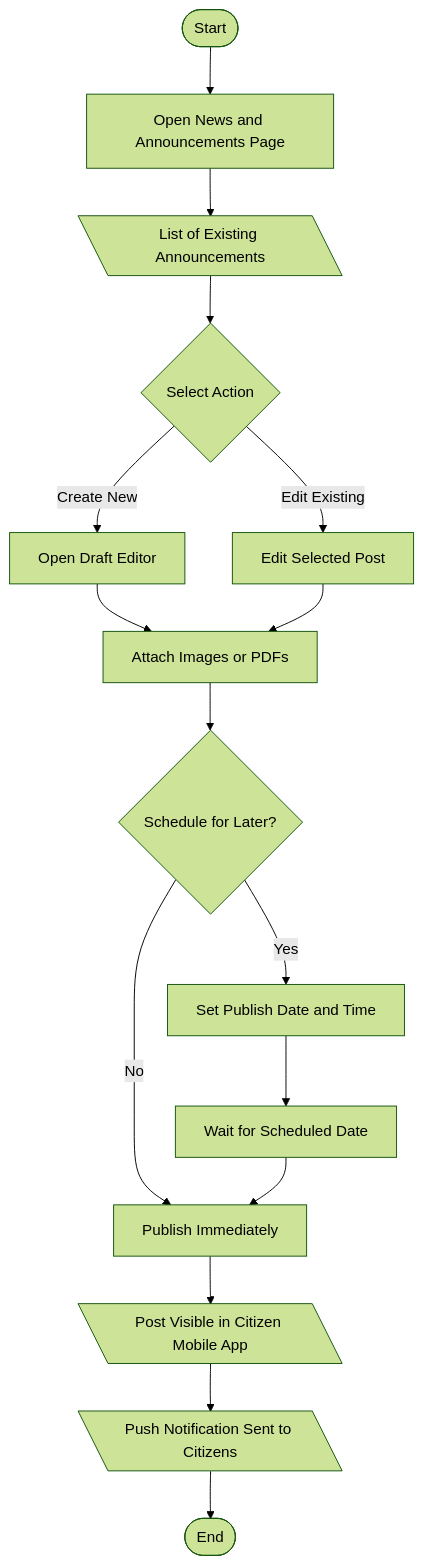
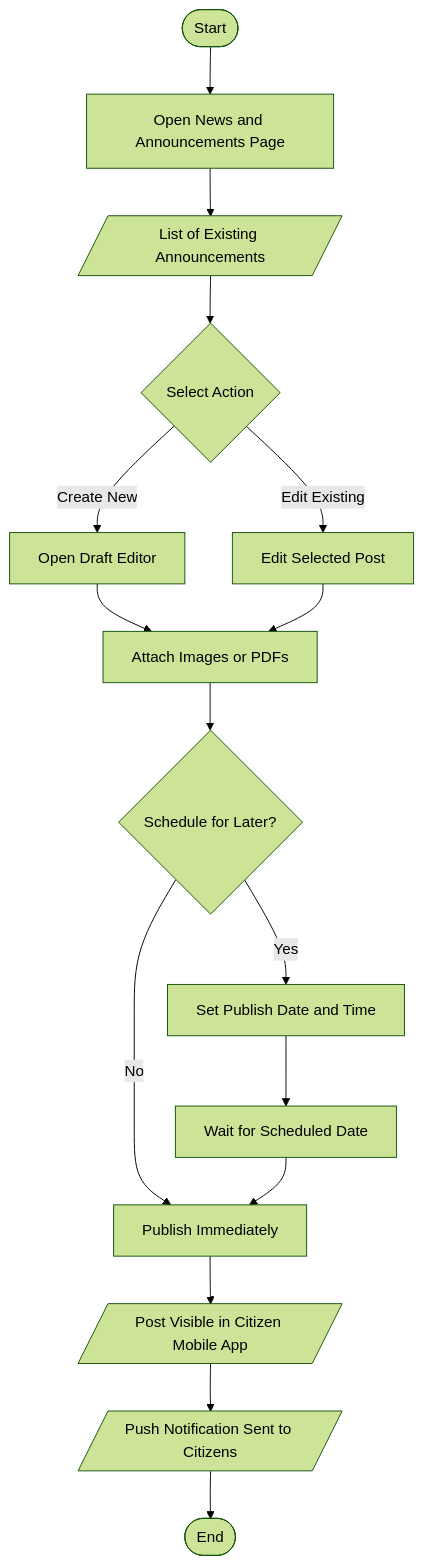
One commit to Jechrispotato/Refractor changed diagram 12 of 33 in Manuscript/diagrams.md. Above: the diagram before and after it, drawn with Mermaid (forest theme). The commit also changed other lines of this file and 2 other files, not shown here.

````diff
--- a/Manuscript/diagrams.md
+++ b/Manuscript/diagrams.md
@@ -244,18 +244,18 @@
 ```mermaid
 flowchart TD
     Start([Start]) --> Open[Open News and Announcements Page]
-    Open --> PostList[\List of Existing Announcements\]
+    Open --> PostList[/List of Existing Announcements/]
     PostList --> Action{Select Action}
     Action -->|Create New| Draft[Open Draft Editor]
     Action -->|Edit Existing| Edit[Edit Selected Post]
     Draft --> Attach[Attach Images or PDFs]
     Edit --> Attach
     Attach --> Schedule{Schedule for Later?}
     Schedule -->|Yes| SetDate[Set Publish Date and Time]
     Schedule -->|No| Publish[Publish Immediately]
     SetDate --> Wait[Wait for Scheduled Date]
     Wait --> Publish
-    Publish --> Visible[\Post Visible in Citizen Mobile App\]
-    Visible --> Notify[\Push Notification Sent to Citizens\]
+    Publish --> Visible[/Post Visible in Citizen Mobile App/]
+    Visible --> Notify[/Push Notification Sent to Citizens/]
     Notify --> End([End])
 ```
````
